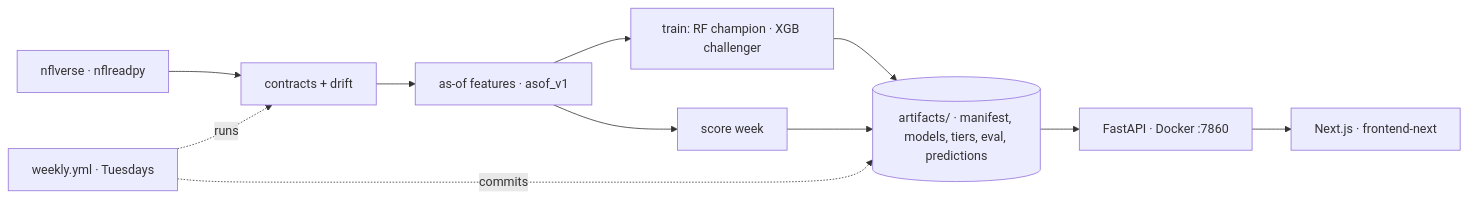
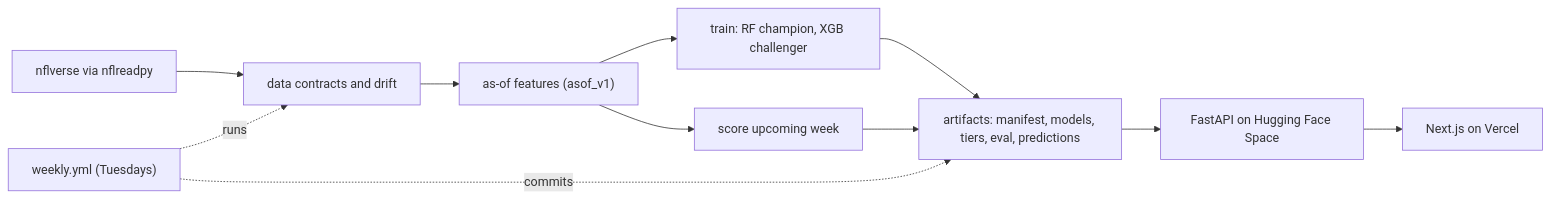
One commit to cbratkovics/fantasy-football-ai changed the diagram in README.md. Above: the diagram before and after it, drawn with Mermaid. The commit also changed other lines of this file, not shown here.

````diff
--- a/README.md
+++ b/README.md
@@ -36,13 +64,13 @@
 ```mermaid
 flowchart LR
-  N[nflverse · nflreadpy] --> C[contracts + drift]
-  C --> F[as-of features · asof_v1]
-  F --> T[train: RF champion · XGB challenger]
-  F --> S[score week]
-  T --> A[(artifacts/ · manifest, models, tiers, eval, predictions)]
+  N["nflverse via nflreadpy"] --> C["data contracts and drift"]
+  C --> F["as-of features (asof_v1)"]
+  F --> T["train: RF champion, XGB challenger"]
+  F --> S["score upcoming week"]
+  T --> A["artifacts: manifest, models, tiers, eval, predictions"]
   S --> A
-  A --> API[FastAPI · Docker :7860]
-  API --> UI[Next.js · frontend-next]
-  W[weekly.yml · Tuesdays] -. runs .-> C
+  A --> API["FastAPI on Hugging Face Space"]
+  API --> UI["Next.js on Vercel"]
+  W["weekly.yml (Tuesdays)"] -. runs .-> C
   W -. commits .-> A
 ```
````
